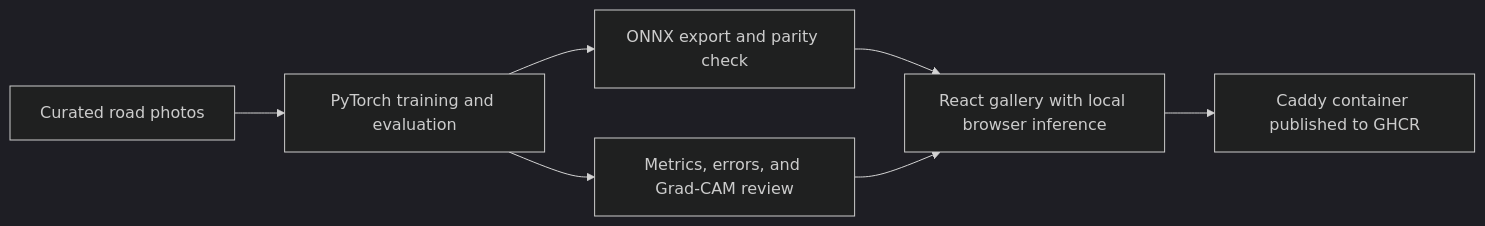
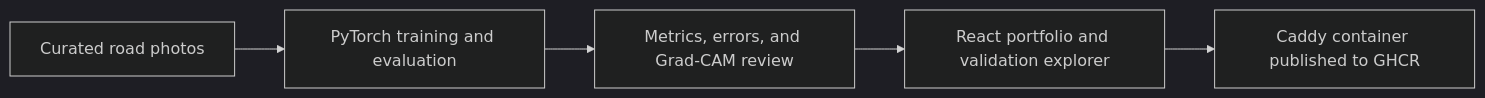
The diagram in README.md (ChaddBrenner/tail-of-dragon-car-classifier), drawn with Mermaid (dark theme) before and after one commit. The commit also changed other lines of this file and 32 other files, not shown here.

````diff
--- a/README.md
+++ b/README.md
@@ -60,9 +59,7 @@
 ```mermaid
 flowchart LR
   Photos["Curated road photos"] --> Train["PyTorch training and evaluation"]
   Train --> Review["Metrics, errors, and Grad-CAM review"]
-  Train --> Export["ONNX export and parity check"]
-  Export --> Browser["React gallery with local browser inference"]
-  Review --> Browser
-  Browser --> Container["Caddy container published to GHCR"]
+  Review --> Gallery["React portfolio and validation explorer"]
+  Gallery --> Container["Caddy container published to GHCR"]
 ```
````
